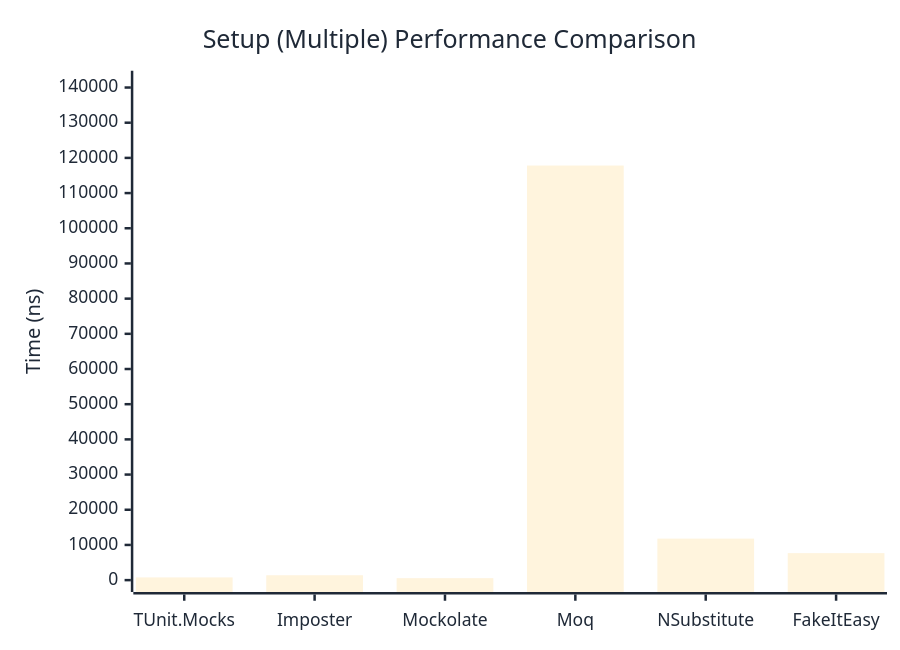
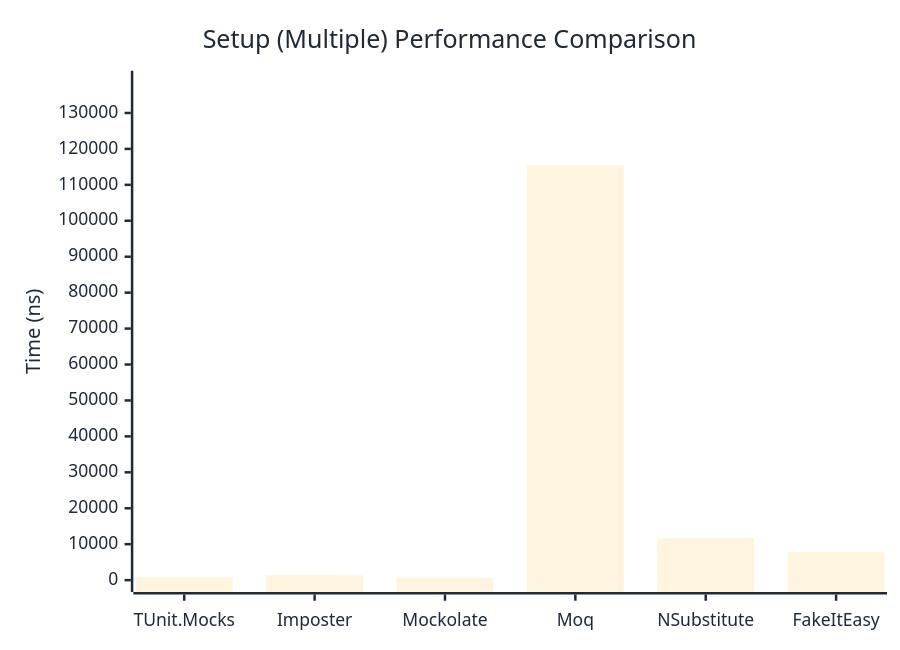
Before and after one commit to thomhurst/TUnit: the second of 2 diagrams in docs/docs/benchmarks/mocks/Setup.md, drawn with Mermaid. The commit also changed other lines of this file and 14 other files, not shown here.

````diff
--- a/docs/docs/benchmarks/mocks/Setup.md
+++ b/docs/docs/benchmarks/mocks/Setup.md
@@ -71,27 +71,27 @@
 ```mermaid
 %%{init: {
   'theme':'base',
   'themeVariables': {
     'primaryColor': '#2563eb',
     'primaryTextColor': '#1f2937',
     'primaryBorderColor': '#1e40af',
     'lineColor': '#6b7280',
     'secondaryColor': '#7c3aed',
     'tertiaryColor': '#dc2626',
     'background': '#ffffff',
     'pie1': '#2563eb',
     'pie2': '#7c3aed',
     'pie3': '#dc2626',
     'pie4': '#f59e0b',
     'pie5': '#10b981',
     'pie6': '#06b6d4',
     'pie7': '#ec4899',
     'pie8': '#6366f1'
   }
 }}%%
 xychart-beta
   title "Setup (Multiple) Performance Comparison"
   x-axis ["TUnit.Mocks", "Imposter", "Mockolate", "Moq", "NSubstitute", "FakeItEasy"]
-  y-axis "Time (ns)" 0 --> 141392
-  bar [769.9, 1385.8, 561.2, 117826, 11797.7, 7672.9]
+  y-axis "Time (ns)" 0 --> 138443
+  bar [742.8, 1329, 560, 115368.8, 11692.9, 7796.9]
 ```
````
